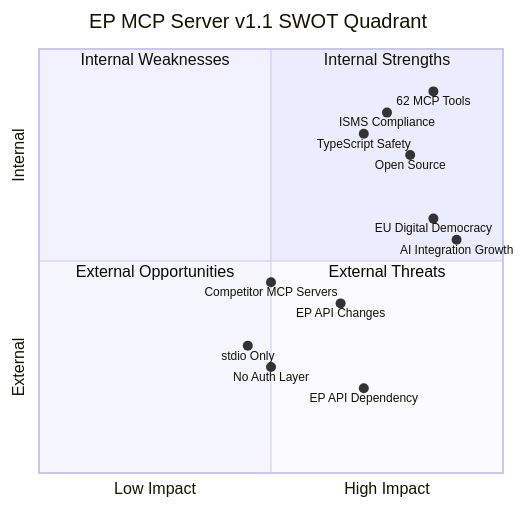
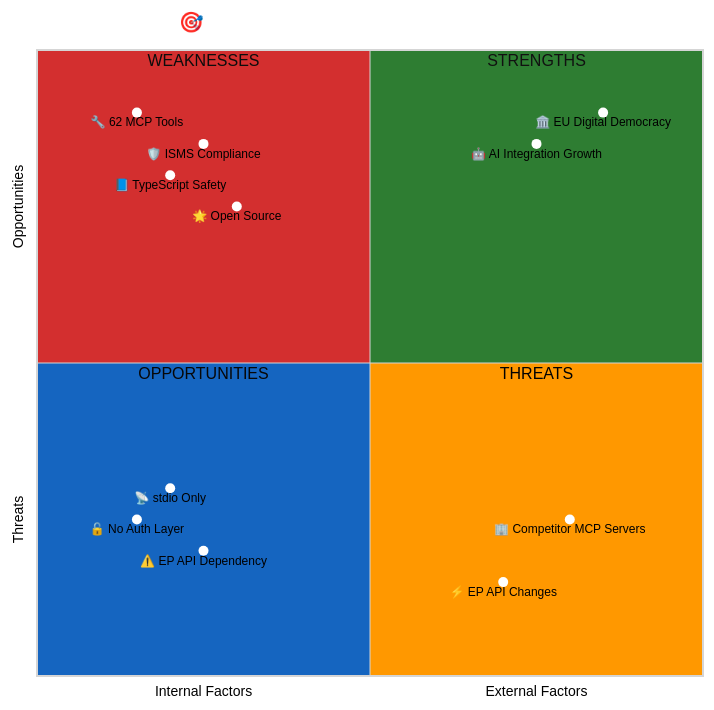
One commit to Hack23/European-Parliament-MCP-Server changed the diagram in SWOT.md. Above: the diagram before and after it, drawn with Mermaid. The commit also changed 17 other files, not shown here.

First line of the commit message:
fix: add ISMS style guide theming to all quadrantCharts and add stroke to all inline styles

````diff
--- a/SWOT.md
+++ b/SWOT.md
@@ -57,21 +57,44 @@
 ```mermaid
+%%{init: {
+  "theme": "neutral",
+  "themeVariables": {
+    "quadrant1Fill": "#2E7D32",
+    "quadrant2Fill": "#D32F2F",
+    "quadrant3Fill": "#1565C0",
+    "quadrant4Fill": "#FF9800",
+    "quadrantTitleFill": "#ffffff",
+    "quadrantPointFill": "#ffffff",
+    "quadrantPointTextFill": "#000000",
+    "quadrantXAxisTextFill": "#000000",
+    "quadrantYAxisTextFill": "#000000"
+  },
+  "quadrantChart": {
+    "chartWidth": 700,
+    "chartHeight": 700,
+    "pointLabelFontSize": 12,
+    "titleFontSize": 20,
+    "quadrantLabelFontSize": 16,
+    "xAxisLabelFontSize": 14,
+    "yAxisLabelFontSize": 14
+  }
+}}%%
 quadrantChart
-    title EP MCP Server v1.1 SWOT Quadrant
-    x-axis Low Impact --> High Impact
-    y-axis External --> Internal
-    quadrant-1 Internal Strengths
-    quadrant-2 Internal Weaknesses
-    quadrant-3 External Opportunities
-    quadrant-4 External Threats
-    62 MCP Tools: [0.85, 0.9]
-    ISMS Compliance: [0.75, 0.85]
-    TypeScript Safety: [0.7, 0.8]
-    Open Source: [0.8, 0.75]
-    EP API Dependency: [0.7, 0.2]
-    No Auth Layer: [0.5, 0.25]
-    stdio Only: [0.45, 0.3]
-    AI Integration Growth: [0.9, 0.55]
-    EU Digital Democracy: [0.85, 0.6]
-    EP API Changes: [0.65, 0.4]
-    Competitor MCP Servers: [0.5, 0.45]
+    title 🎯 EP MCP Server v1.1 SWOT Analysis
+    x-axis Internal Factors --> External Factors
+    y-axis Threats --> Opportunities
+    quadrant-1 STRENGTHS
+    quadrant-2 WEAKNESSES
+    quadrant-3 OPPORTUNITIES
+    quadrant-4 THREATS
+    "🔧 62 MCP Tools": [0.15, 0.90]
+    "🛡️ ISMS Compliance": [0.25, 0.85]
+    "📘 TypeScript Safety": [0.20, 0.80]
+    "🌟 Open Source": [0.30, 0.75]
+    "⚠️ EP API Dependency": [0.25, 0.20]
+    "🔓 No Auth Layer": [0.15, 0.25]
+    "📡 stdio Only": [0.20, 0.30]
+    "🤖 AI Integration Growth": [0.75, 0.85]
+    "🏛️ EU Digital Democracy": [0.85, 0.90]
+    "⚡ EP API Changes": [0.70, 0.15]
+    "🏢 Competitor MCP Servers": [0.80, 0.25]
 ```
````
